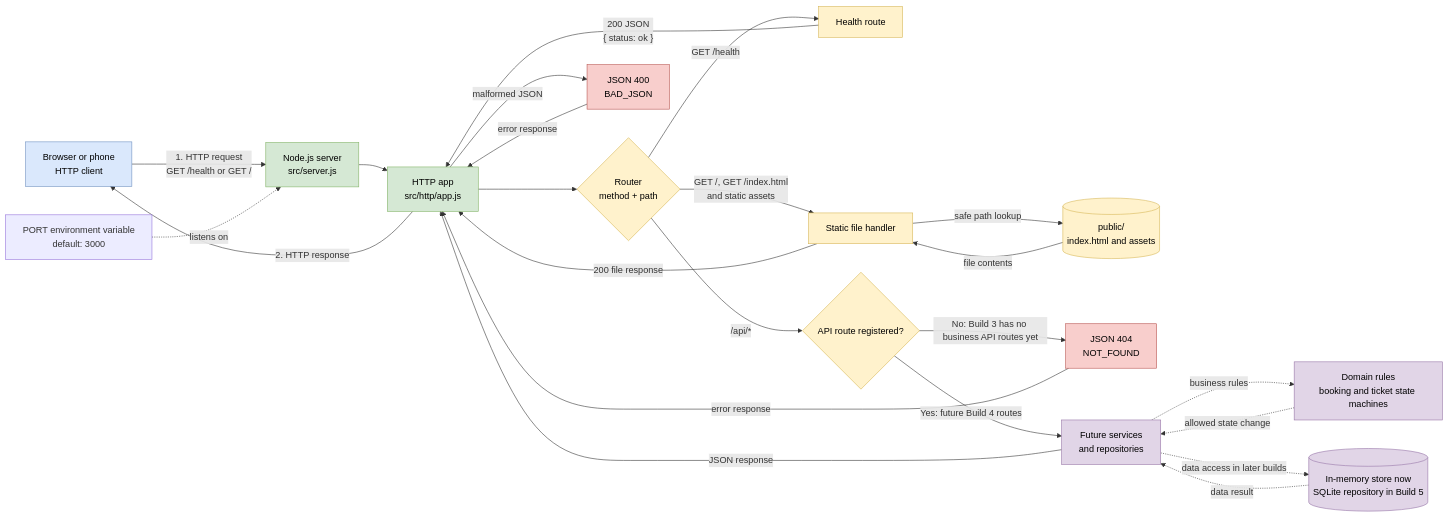
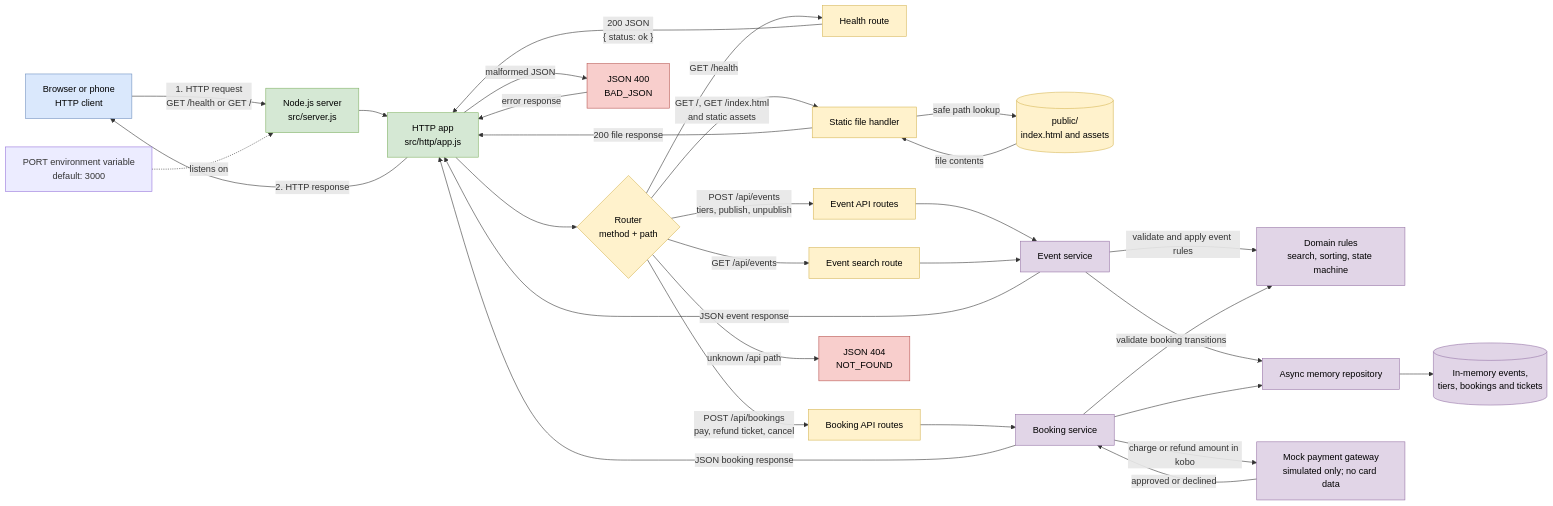
The second of 4 diagrams in docs/architecture.md (Sots-Light/capstone-drill), drawn with Mermaid before and after one commit. The commit also changed other lines of this file and 11 other files, not shown here.

Commit message:
Build 4: add REST API and simulated refunds

````diff
--- a/docs/architecture.md
+++ b/docs/architecture.md
@@ -23,40 +23,47 @@
 ```mermaid
 flowchart LR
   Client["Browser or phone<br/>HTTP client"] -->|"1. HTTP request<br/>GET /health or GET /"| Node["Node.js server<br/>src/server.js"]
   Config["PORT environment variable<br/>default: 3000"] -.->|"listens on"| Node
   Node --> App["HTTP app<br/>src/http/app.js"]
   App --> Router{"Router<br/>method + path"}
 
   Router -->|"GET /health"| Health["Health route"]
   Health -->|"200 JSON<br/>{ status: ok }"| App
 
   Router -->|"GET /, GET /index.html<br/>and static assets"| Static["Static file handler"]
   Static -->|"safe path lookup"| Public[("public/<br/>index.html and assets")]
   Public -->|"file contents"| Static
   Static -->|"200 file response"| App
 
-  Router -->|"/api/*"| Api{"API route registered?"}
-  Api -->|"No: Build 3 has no business API routes yet"| NotFound["JSON 404<br/>NOT_FOUND"]
-  Api -->|"Yes: future Build 4 routes"| Future["Future services<br/>and repositories"]
-  Future -.->|"business rules"| Domain["Domain rules<br/>booking and ticket state machines"]
-  Future -.->|"data access in later builds"| Store[("In-memory store now<br/>SQLite repository in Build 5")]
-  Domain -.->|"allowed state change"| Future
-  Store -.->|"data result"| Future
-  Future -->|"JSON response"| App
+  Router -->|"POST /api/events<br/>tiers, publish, unpublish"| EventRoutes["Event API routes"]
+  Router -->|"GET /api/events"| SearchRoute["Event search route"]
+  Router -->|"POST /api/bookings<br/>pay, refund ticket, cancel"| BookingRoutes["Booking API routes"]
+  Router -->|"unknown /api path"| NotFound["JSON 404<br/>NOT_FOUND"]
+  EventRoutes --> EventService["Event service"]
+  SearchRoute --> EventService
+  BookingRoutes --> BookingService["Booking service"]
+  EventService -->|"validate and apply event rules"| Domain["Domain rules<br/>search, sorting, state machine"]
+  BookingService -->|"validate booking transitions"| Domain
+  EventService --> Repository["Async memory repository"]
+  BookingService --> Repository
+  Repository --> Store[("In-memory events,<br/>tiers, bookings and tickets")]
+  BookingService -->|"charge or refund amount in kobo"| Gateway["Mock payment gateway<br/>simulated only; no card data"]
+  Gateway -->|"approved or declined"| BookingService
+  BookingService -->|"JSON booking response"| App
+  EventService -->|"JSON event response"| App
 
   App -->|"malformed JSON"| BadRequest["JSON 400<br/>BAD_JSON"]
-  NotFound -->|"error response"| App
   BadRequest -->|"error response"| App
   App -->|"2. HTTP response"| Client
 
   classDef client fill:#dae8fc,stroke:#6c8ebf,color:#000;
   classDef server fill:#d5e8d4,stroke:#82b366,color:#000;
   classDef route fill:#fff2cc,stroke:#d6b656,color:#000;
-  classDef future fill:#e1d5e7,stroke:#9673a6,color:#000;
+  classDef serviceLayer fill:#e1d5e7,stroke:#9673a6,color:#000;
   classDef error fill:#f8cecc,stroke:#b85450,color:#000;
   class Client client;
   class Node,App server;
-  class Router,Health,Static,Public,Api route;
-  class Future,Domain,Store future;
-  class NotFound,BadRequest error;
+  class Router,Health,Static,Public,EventRoutes,SearchRoute,BookingRoutes route;
+  class EventService,BookingService,Domain,Repository,Store,Gateway serviceLayer;
+  class BadRequest,NotFound error;
 ```
````
